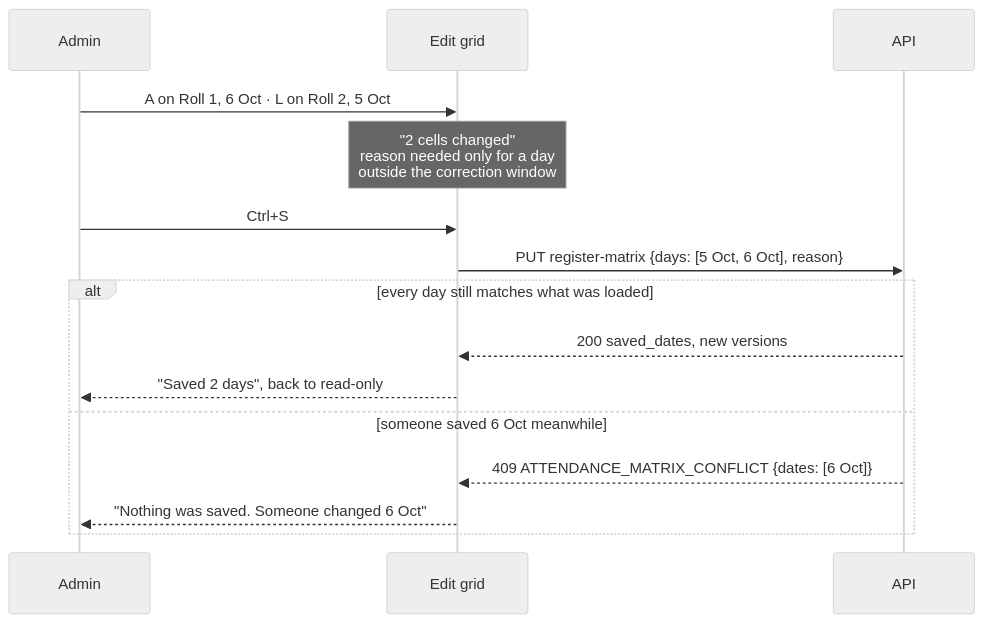
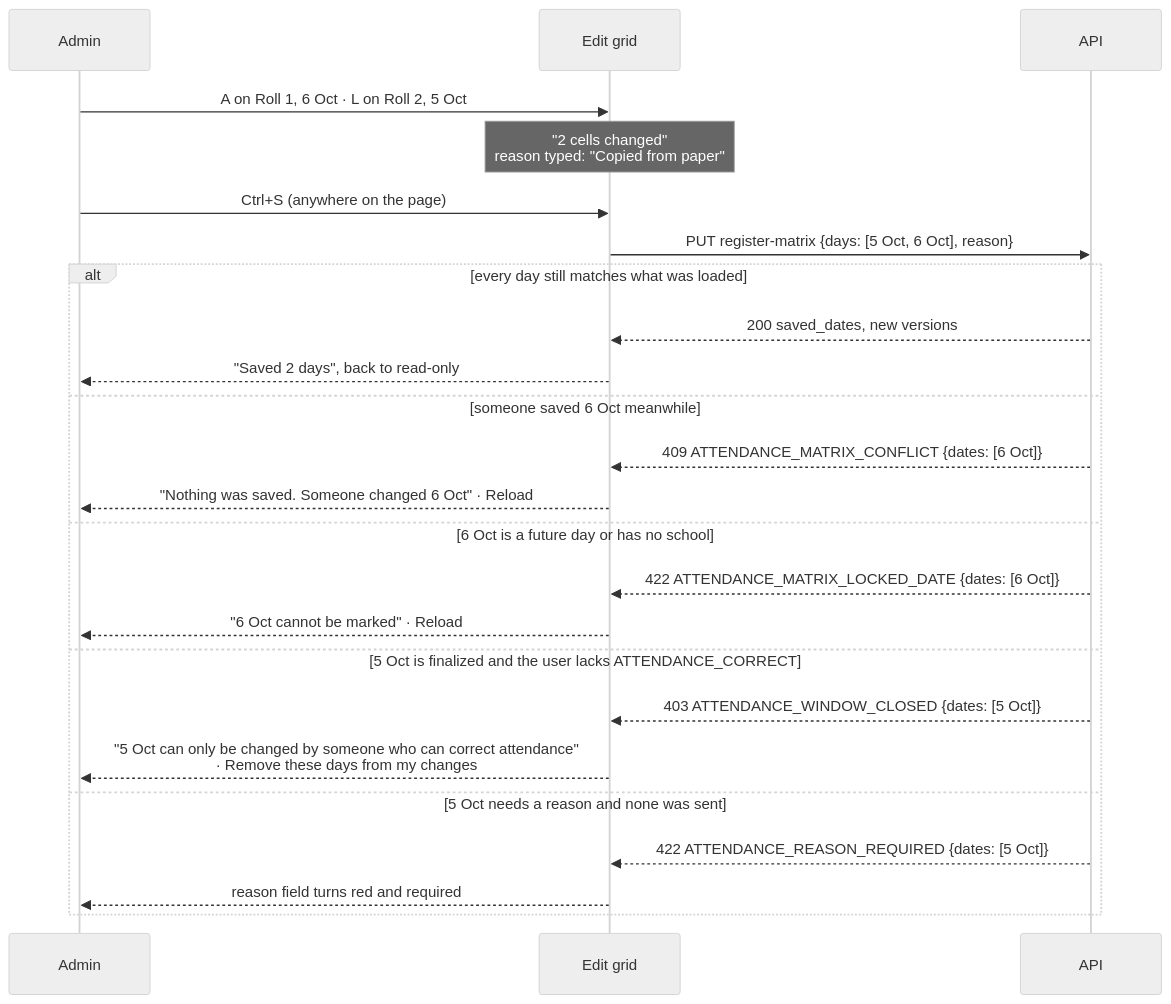
Before and after one commit to tareq89/biddaloy: the fifth of 9 diagrams in docs/architecture/11-attendance.md, drawn with Mermaid (neutral theme). The commit also changed other lines of this file, not shown here.

First line of the commit message:
docs(attendance): month edit, period tabs and By-subject match the code

````diff
--- a/docs/architecture/11-attendance.md
+++ b/docs/architecture/11-attendance.md
@@ -225,17 +252,26 @@
 ```mermaid
 sequenceDiagram
     participant U as Admin
     participant G as Edit grid
     participant A as API
     U->>G: A on Roll 1, 6 Oct · L on Roll 2, 5 Oct
-    Note over G: "2 cells changed"<br/>reason needed only for a day<br/>outside the correction window
-    U->>G: Ctrl+S
+    Note over G: "2 cells changed"<br/>reason typed: "Copied from paper"
+    U->>G: Ctrl+S (anywhere on the page)
     G->>A: PUT register-matrix {days: [5 Oct, 6 Oct], reason}
     alt every day still matches what was loaded
         A-->>G: 200 saved_dates, new versions
         G-->>U: "Saved 2 days", back to read-only
     else someone saved 6 Oct meanwhile
         A-->>G: 409 ATTENDANCE_MATRIX_CONFLICT {dates: [6 Oct]}
-        G-->>U: "Nothing was saved. Someone changed 6 Oct"
+        G-->>U: "Nothing was saved. Someone changed 6 Oct" · Reload
+    else 6 Oct is a future day or has no school
+        A-->>G: 422 ATTENDANCE_MATRIX_LOCKED_DATE {dates: [6 Oct]}
+        G-->>U: "6 Oct cannot be marked" · Reload
+    else 5 Oct is finalized and the user lacks ATTENDANCE_CORRECT
+        A-->>G: 403 ATTENDANCE_WINDOW_CLOSED {dates: [5 Oct]}
+        G-->>U: "5 Oct can only be changed by someone who can correct attendance"<br/>· Remove these days from my changes
+    else 5 Oct needs a reason and none was sent
+        A-->>G: 422 ATTENDANCE_REASON_REQUIRED {dates: [5 Oct]}
+        G-->>U: reason field turns red and required
     end
 ```
````
